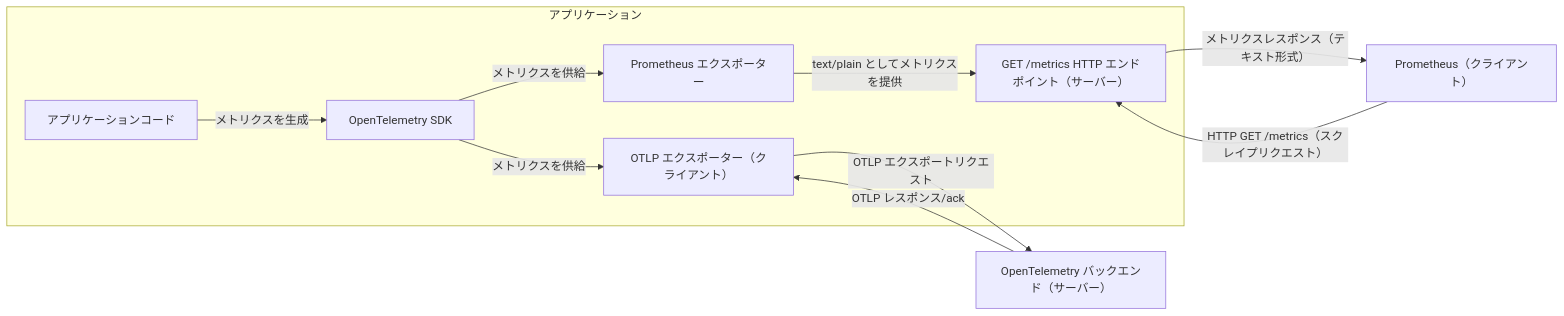
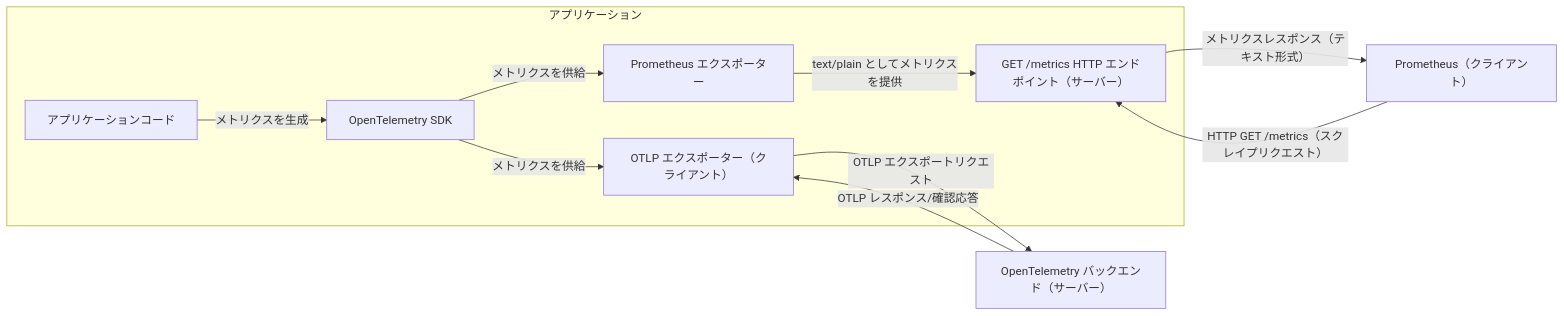
The diagram in content/ja/blog/2026/dual-dotnet-metrics-export-with-otlp-and-prometheus.md (open-telemetry/opentelemetry.io), drawn with Mermaid before and after one commit. The commit also changed other lines of this file, not shown here.

Commit message:
[ja] address review feedback on PR #12041
- Translate 'ack' to '確認応答' in Mermaid diagram (comment #4271526483)
- Rewrite sentence about dual export SDK configuration for clarity (comment #4271596105)

````diff
--- a/content/ja/blog/2026/dual-dotnet-metrics-export-with-otlp-and-prometheus.md
+++ b/content/ja/blog/2026/dual-dotnet-metrics-export-with-otlp-and-prometheus.md
@@ -32,24 +32,24 @@
 ```mermaid
 flowchart LR
     subgraph APP["アプリケーション"]
         AC["アプリケーションコード"]
         SDK["OpenTelemetry SDK"]
         PE["Prometheus エクスポーター"]
         OE["OTLP エクスポーター（クライアント）"]
         EP["GET /metrics HTTP エンドポイント（サーバー）"]
 
         AC -->|"メトリクスを生成"| SDK
         SDK -->|"メトリクスを供給"| PE
         PE -->|"text/plain としてメトリクスを提供"| EP
         SDK -->|"メトリクスを供給"| OE
     end
 
     P["Prometheus（クライアント）"]
     OTB["OpenTelemetry バックエンド（サーバー）"]
 
     P -->|"HTTP GET /metrics（スクレイプリクエスト）"| EP
     EP -->|"メトリクスレスポンス（テキスト形式）"| P
 
     OE -->|"OTLP エクスポートリクエスト"| OTB
-    OTB -->|"OTLP レスポンス/ack"| OE
+    OTB -->|"OTLP レスポンス/確認応答"| OE
 ```
````
